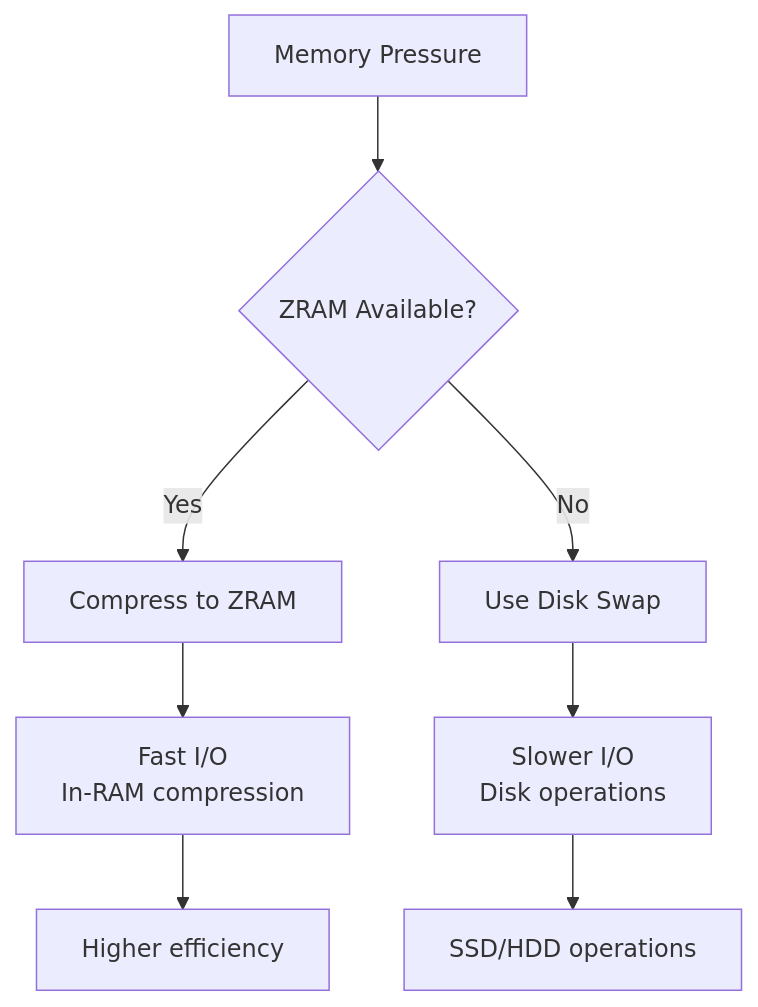
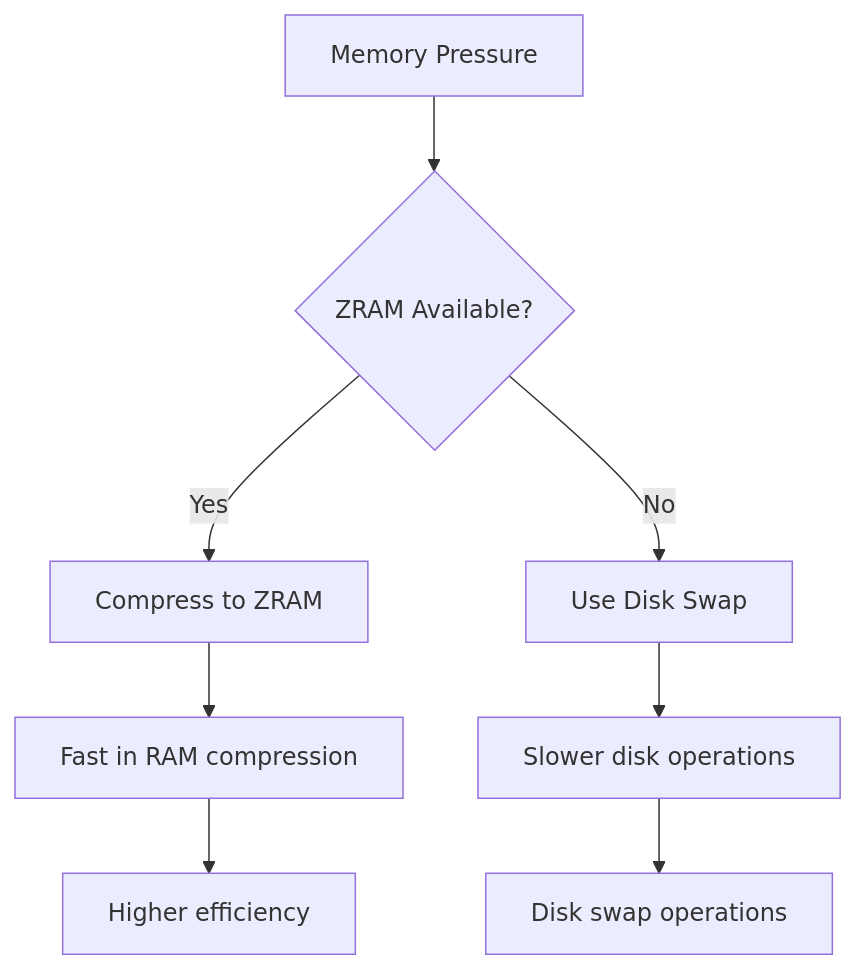
The first of 3 diagrams in System/Linux/ZRAM-Swap-Guide.md (444Nazky/My-Vault), drawn with Mermaid before and after one commit. The commit also changed 8 other files, not shown here.

````diff
--- a/System/Linux/ZRAM-Swap-Guide.md
+++ b/System/Linux/ZRAM-Swap-Guide.md
@@ -13,12 +13,12 @@
 ```mermaid
 flowchart TD
     A[Memory Pressure] --> B{ZRAM Available?}
     B -->|Yes| C[Compress to ZRAM]
     B -->|No| D[Use Disk Swap]
     
-    C --> E[Fast I/O<br/>In-RAM compression]
-    D --> F[Slower I/O<br/>Disk operations]
+    C --> E[Fast in RAM compression]
+    D --> F[Slower disk operations]
     
     E --> G[Higher efficiency]
-    F --> H[SSD/HDD operations]
+    F --> H[Disk swap operations]
 ```
````
